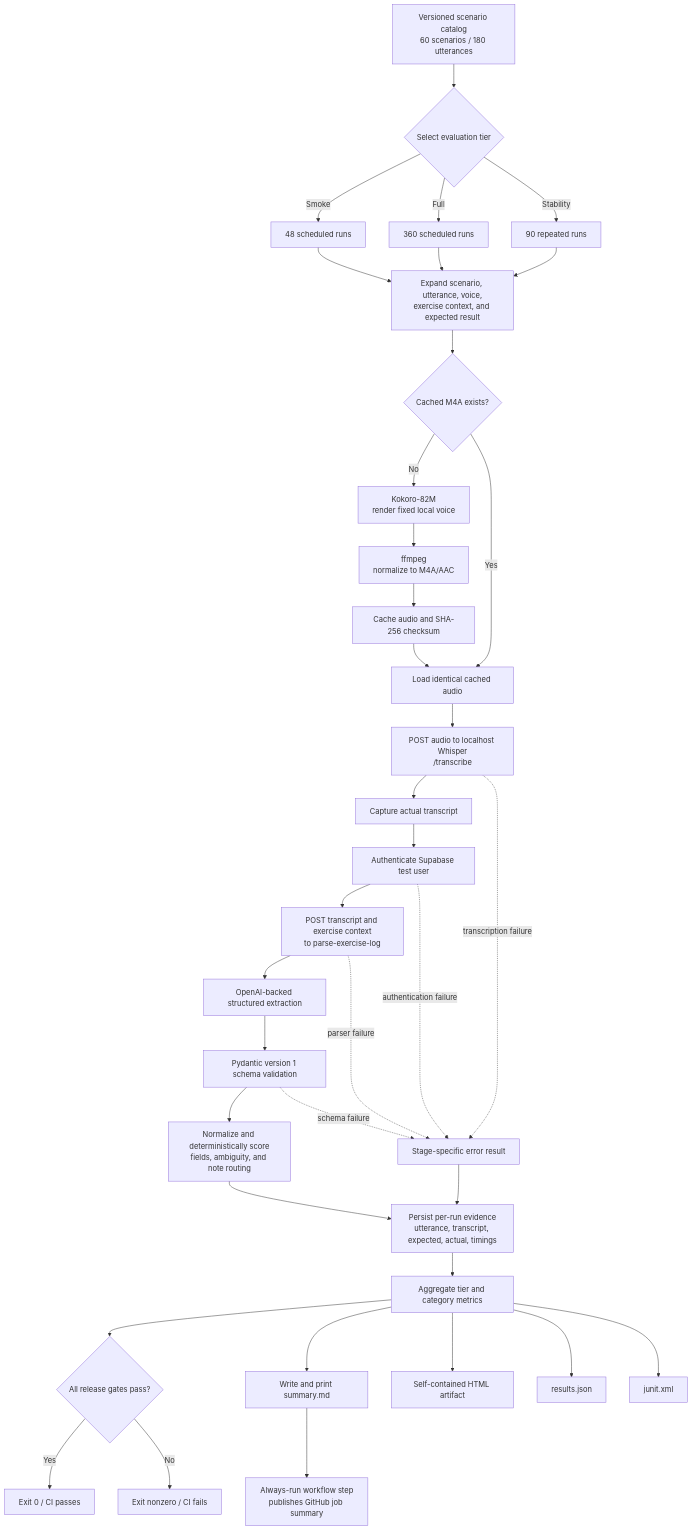
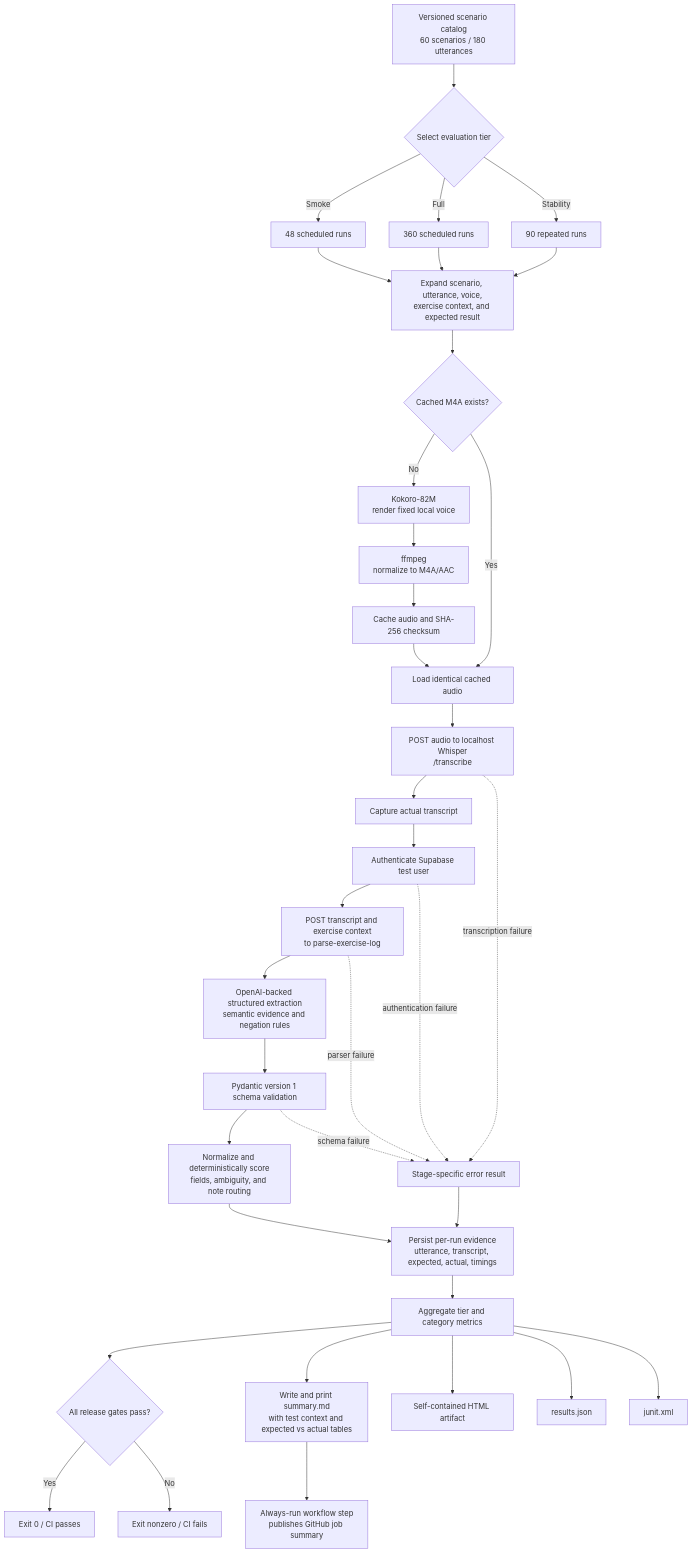
Before and after one commit to justin-yen/motionlog: the diagram in docs/prds/audio-to-structure-eval-pipeline.md, drawn with Mermaid. The commit also changed other lines of this file and 4 other files, not shown here.

````diff
--- a/docs/prds/audio-to-structure-eval-pipeline.md
+++ b/docs/prds/audio-to-structure-eval-pipeline.md
@@ -180,43 +180,43 @@
 ```mermaid
 flowchart TD
     A[Versioned scenario catalog<br/>60 scenarios / 180 utterances] --> B{Select evaluation tier}
     B -->|Smoke| B1[48 scheduled runs]
     B -->|Full| B2[360 scheduled runs]
     B -->|Stability| B3[90 repeated runs]
     B1 --> C[Expand scenario, utterance, voice,<br/>exercise context, and expected result]
     B2 --> C
     B3 --> C
 
     C --> D{Cached M4A exists?}
     D -->|No| E[Kokoro-82M<br/>render fixed local voice]
     E --> F[ffmpeg<br/>normalize to M4A/AAC]
     F --> G[Cache audio and SHA-256 checksum]
     D -->|Yes| H[Load identical cached audio]
     G --> H
 
     H --> I[POST audio to localhost Whisper<br/>/transcribe]
     I --> J[Capture actual transcript]
     J --> K[Authenticate Supabase test user]
     K --> L[POST transcript and exercise context<br/>to parse-exercise-log]
-    L --> M[OpenAI-backed structured extraction]
+    L --> M[OpenAI-backed structured extraction<br/>semantic evidence and negation rules]
     M --> N[Pydantic version 1 schema validation]
     N --> O[Normalize and deterministically score<br/>fields, ambiguity, and note routing]
 
     O --> P[Persist per-run evidence<br/>utterance, transcript, expected, actual, timings]
     P --> Q[Aggregate tier and category metrics]
     Q --> R{All release gates pass?}
     R -->|Yes| S[Exit 0 / CI passes]
     R -->|No| T[Exit nonzero / CI fails]
 
-    Q --> U[Write and print summary.md]
+    Q --> U[Write and print summary.md<br/>with test context and expected vs actual tables]
     U --> U2[Always-run workflow step<br/>publishes GitHub job summary]
     Q --> V[Self-contained HTML artifact]
     Q --> W[results.json]
     Q --> X[junit.xml]
 
     I -. transcription failure .-> Y[Stage-specific error result]
     K -. authentication failure .-> Y
     L -. parser failure .-> Y
     N -. schema failure .-> Y
     Y --> P
 ```
````
